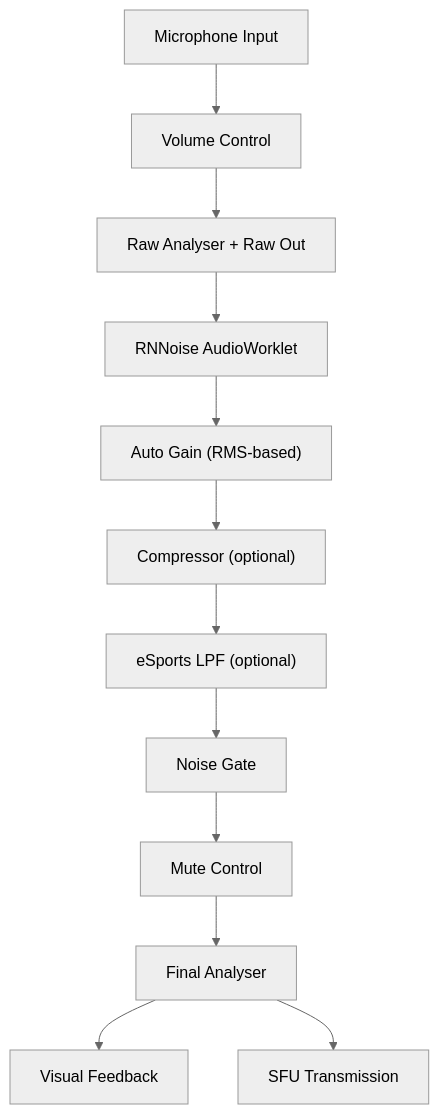
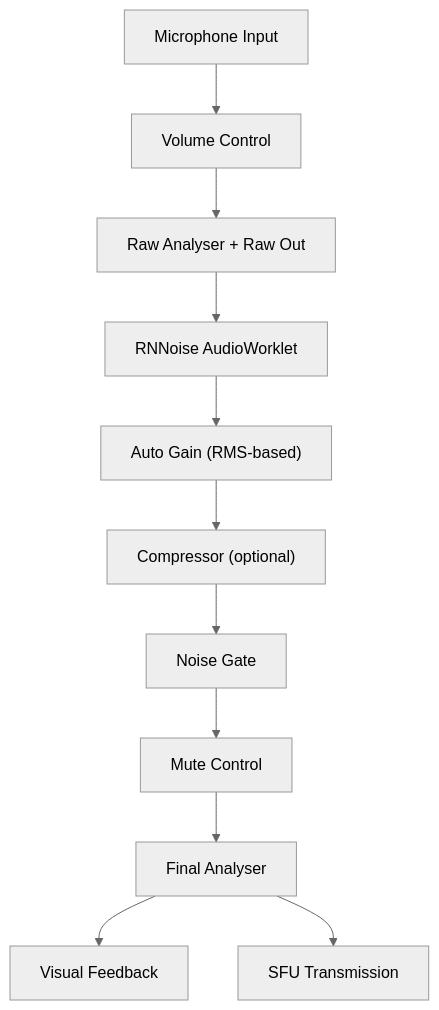
Before and after one commit to Gryt-chat/docs: the first of 3 diagrams in content/docs/client/audio-processing.mdx, drawn with Mermaid (neutral theme). The commit also changed other lines of this file and 13 other files, not shown here.

````diff
--- a/content/docs/client/audio-processing.mdx
+++ b/content/docs/client/audio-processing.mdx
@@ -34,14 +34,13 @@
 ```mermaid
 graph TD
   Mic["Microphone Input"] --> Vol["Volume Control"]
   Vol --> Raw["Raw Analyser + Raw Out"]
   Raw --> RNN["RNNoise AudioWorklet"]
   RNN --> AGC["Auto Gain (RMS-based)"]
   AGC --> Comp["Compressor (optional)"]
-  Comp --> LPF["eSports LPF (optional)"]
-  LPF --> Gate["Noise Gate"]
+  Comp --> Gate["Noise Gate"]
   Gate --> Mute["Mute Control"]
   Mute --> Final["Final Analyser"]
   Final --> Vis["Visual Feedback"]
   Final --> SFU["SFU Transmission"]
 ```
````
